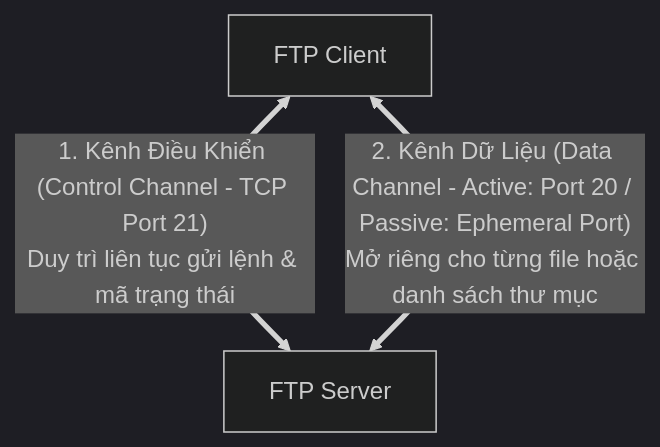
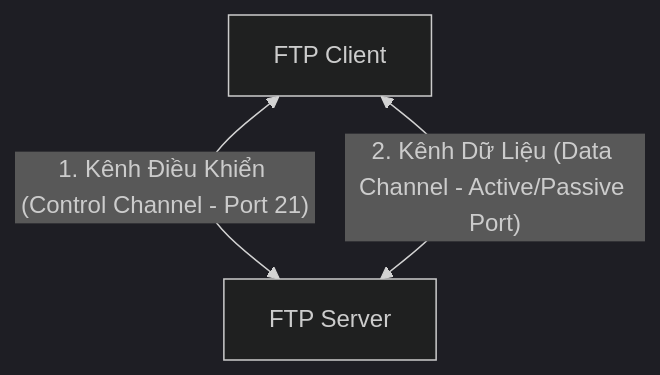
One commit to longhalo1803/second-brain changed the first of 2 diagrams in Backend-full-course/Part 1 - Core Foundations/01 - Computer Networks & Protocols/File Transfer Protocols/FTP.md. Above: the diagram before and after it, drawn with Mermaid (dark theme). The commit also changed 59 other files, not shown here.

Commit message:
feat(DSA-knowledge): update metadata, mermaid diagrams, and formatting across knowledge base notes

````diff
--- a/Backend-full-course/Part 1 - Core Foundations/01 - Computer Networks & Protocols/File Transfer Protocols/FTP.md
+++ b/Backend-full-course/Part 1 - Core Foundations/01 - Computer Networks & Protocols/File Transfer Protocols/FTP.md
@@ -27,5 +27,5 @@
 ```mermaid
 graph TD
-    Client["FTP Client"] <== "1. Kênh Điều Khiển (Control Channel - TCP Port 21)<br>Duy trì liên tục gửi lệnh & mã trạng thái" ==> Server["FTP Server"]
-    Client <== "2. Kênh Dữ Liệu (Data Channel - Active: Port 20 / Passive: Ephemeral Port)<br>Mở riêng cho từng file hoặc danh sách thư mục" ==> Server
+    Client["FTP Client"] <-->|"1. Kênh Điều Khiển (Control Channel - Port 21)"| Server["FTP Server"]
+    Client <-->|"2. Kênh Dữ Liệu (Data Channel - Active/Passive Port)"| Server
 ```
````
